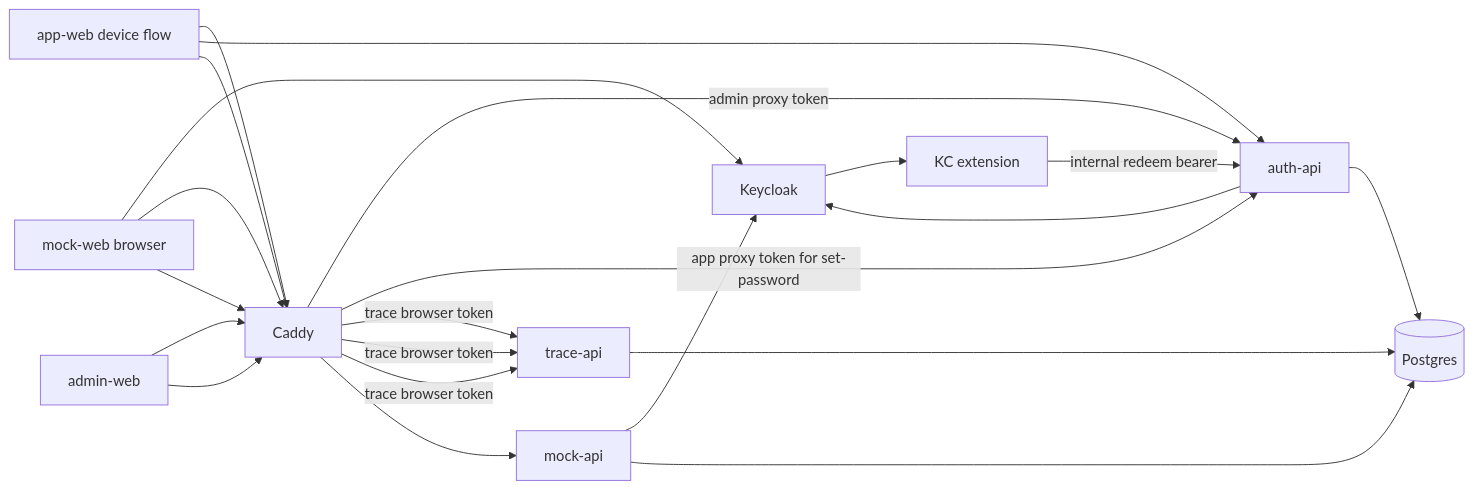
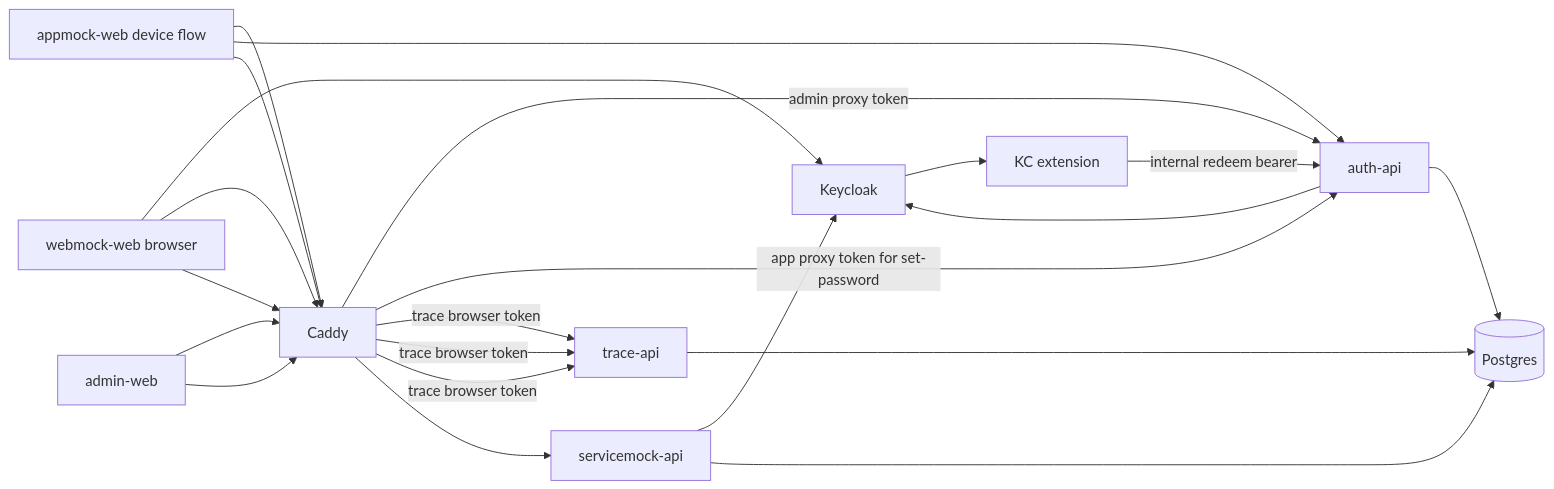
One commit to rpreissel/auth-sandbox-2 changed the diagram in ADR_REGISTRATION_STEPUP_ARCHITECTURE.md. Above: the diagram before and after it, drawn with Mermaid. The commit also changed 42 other files, not shown here.

````diff
--- a/ADR_REGISTRATION_STEPUP_ARCHITECTURE.md
+++ b/ADR_REGISTRATION_STEPUP_ARCHITECTURE.md
@@ -193,29 +193,29 @@
 ```mermaid
 flowchart LR
-  Browser[mock-web browser]
-  Device[app-web device flow]
+  Browser[webmock-web browser]
+  Device[appmock-web device flow]
   Admin[admin-web]
   Caddy[Caddy]
   Auth[auth-api]
   Trace[trace-api]
-  Mock[mock-api]
+  Mock[servicemock-api]
   KC[Keycloak]
   Ext[KC extension]
   DB[(Postgres)]
 
   Admin --> Caddy -->|admin proxy token| Auth
   Device --> Caddy -->|app proxy token for set-password| Auth
   Device --> Auth
   Browser --> KC
   Browser --> Caddy -->|trace browser token| Trace
   Device --> Caddy -->|trace browser token| Trace
   Admin --> Caddy -->|trace browser token| Trace
   Browser --> Caddy --> Mock
   Mock --> KC
   Auth --> KC
   Auth --> DB
   Trace --> DB
   Mock --> DB
   KC --> Ext
   Ext -->|internal redeem bearer| Auth
 ```
````
